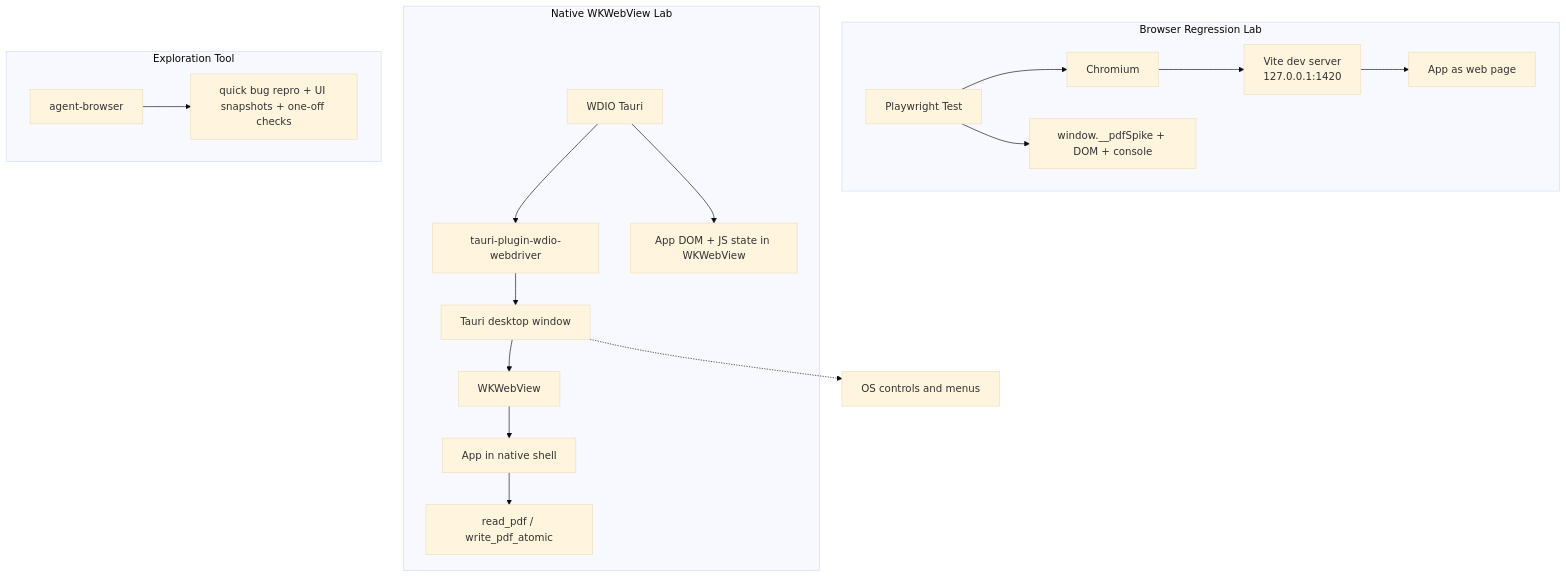
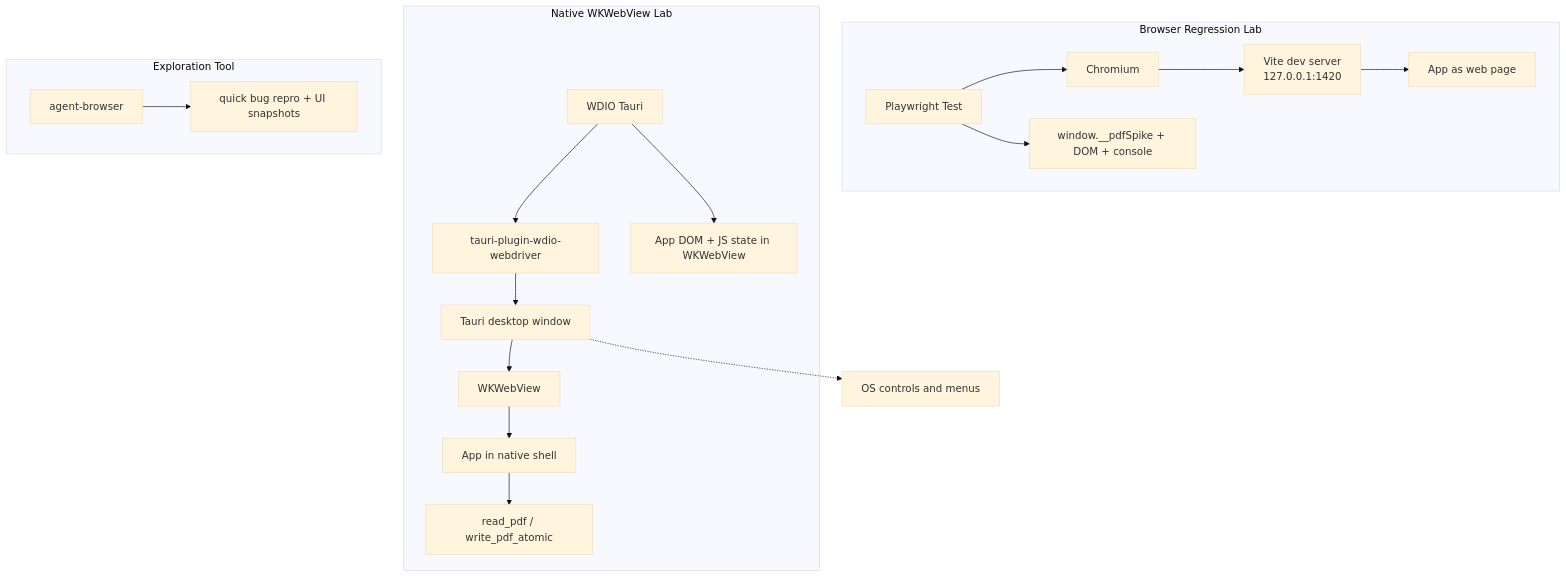
Before and after one commit to cfchou/chive: the diagram in docs/adr/0007-add-native-wkwebview-smoke-tests-with-wdio-tauri.md, drawn with Mermaid (base theme). The commit also changed other lines of this file and 8 other files, not shown here.

````diff
--- a/docs/adr/0007-add-native-wkwebview-smoke-tests-with-wdio-tauri.md
+++ b/docs/adr/0007-add-native-wkwebview-smoke-tests-with-wdio-tauri.md
@@ -77,34 +77,34 @@
 ```mermaid
 flowchart TB
   subgraph Browser["Browser Regression Lab"]
     Playwright[Playwright Test]
     Chromium[Chromium]
     Vite[Vite dev server<br/>127.0.0.1:1420]
     Web[App as web page]
     Hooks1[window.__pdfSpike + DOM + console]
 
     Playwright --> Chromium --> Vite --> Web
     Playwright --> Hooks1
   end
 
   subgraph Native["Native WKWebView Lab"]
     WDIO[WDIO Tauri]
     Plugin[tauri-plugin-wdio-webdriver]
     Window[Tauri desktop window]
     WK[WKWebView]
     App2[App in native shell]
     Rust[read_pdf / write_pdf_atomic]
     Hooks2[App DOM + JS state in WKWebView]
 
     WDIO --> Plugin --> Window --> WK --> App2 --> Rust
     WDIO --> Hooks2
   end
 
   subgraph Explore["Exploration Tool"]
     AB[agent-browser]
-    Debug[quick bug repro + UI snapshots + one-off checks]
+    Debug[quick bug repro + UI snapshots]
     AB --> Debug
   end
 
   Window -.-> OS[OS controls and menus]
 ```
````
